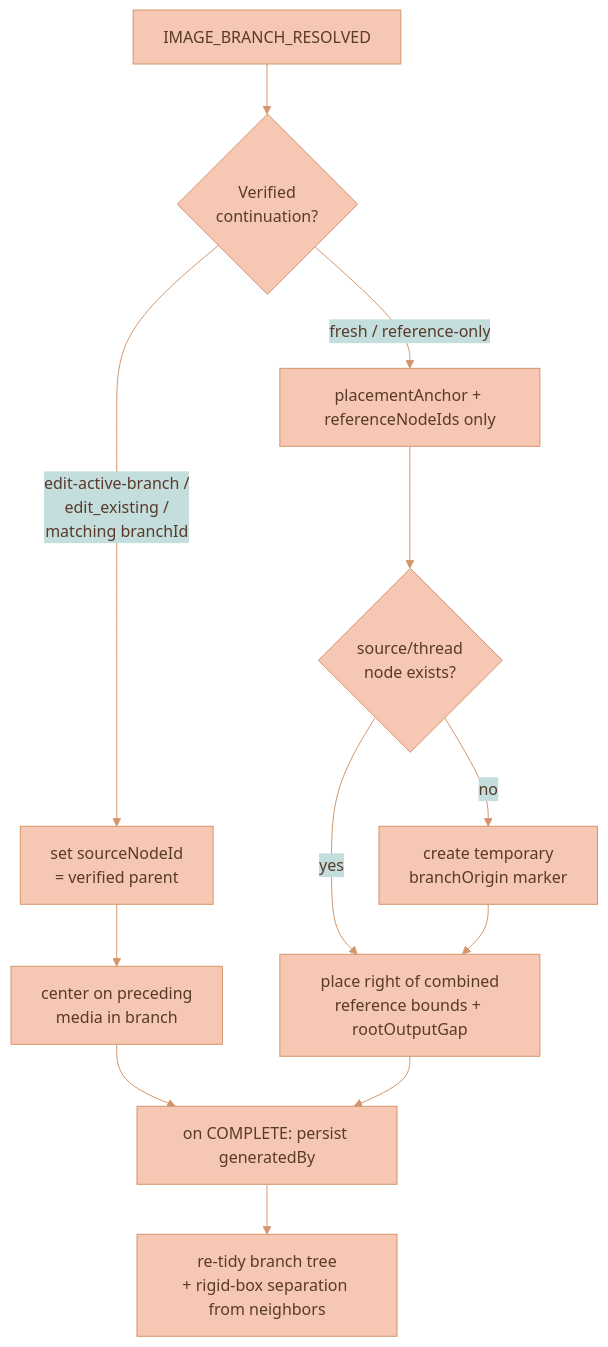
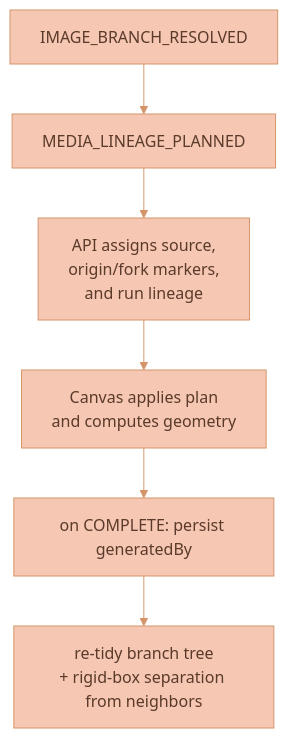
The third of 3 diagrams in documentation/media-generation/BRANCH-LINEAGE.md (Lixpi/lixpi), drawn with Mermaid before and after one commit. The commit also changed other lines of this file and 23 other files, not shown here.

Commit message:
LIX-238 # Move media lineage ownership to API

````diff
--- a/documentation/media-generation/BRANCH-LINEAGE.md
+++ b/documentation/media-generation/BRANCH-LINEAGE.md
@@ -423,15 +444,9 @@
 ```mermaid
 %%{init: {'theme': 'base', 'themeVariables': { 'primaryColor': '#F6C7B3', 'primaryTextColor': '#5a3a2a', 'primaryBorderColor': '#d4956a', 'secondaryColor': '#C3DEDD', 'secondaryTextColor': '#1a3a47', 'secondaryBorderColor': '#4a8a9d', 'tertiaryColor': '#DCECE9', 'tertiaryTextColor': '#1a3a47', 'tertiaryBorderColor': '#82B2C0', 'lineColor': '#d4956a', 'textColor': '#5a3a2a'}}}%%
 flowchart TB
-    Resolved[IMAGE_BRANCH_RESOLVED] --> Decide{Verified<br/>continuation?}
-    Decide -->|edit-active-branch /<br/>edit_existing /<br/>matching branchId| Lineage[set sourceNodeId<br/>= verified parent]
-    Decide -->|fresh / reference-only| NoLineage[placementAnchor + referenceNodeIds only]
-    NoLineage --> Origin{source/thread<br/>node exists?}
-    Origin -->|no| Marker[create temporary<br/>branchOrigin marker]
-    Origin -->|yes| PlaceR[place right of combined<br/>reference bounds + rootOutputGap]
-    Lineage --> PlaceL[center on preceding<br/>media in branch]
-    Marker --> PlaceR
-    PlaceL --> Complete[on COMPLETE: persist generatedBy]
-    PlaceR --> Complete
+    Resolved[IMAGE_BRANCH_RESOLVED] --> Planned[MEDIA_LINEAGE_PLANNED]
+    Planned --> Assignment[API assigns source,<br/>origin/fork markers,<br/>and run lineage]
+    Assignment --> Paint[Canvas applies plan<br/>and computes geometry]
+    Paint --> Complete[on COMPLETE: persist generatedBy]
     Complete --> Rebalance[re-tidy branch tree<br/>+ rigid-box separation from neighbors]
 ```
````
